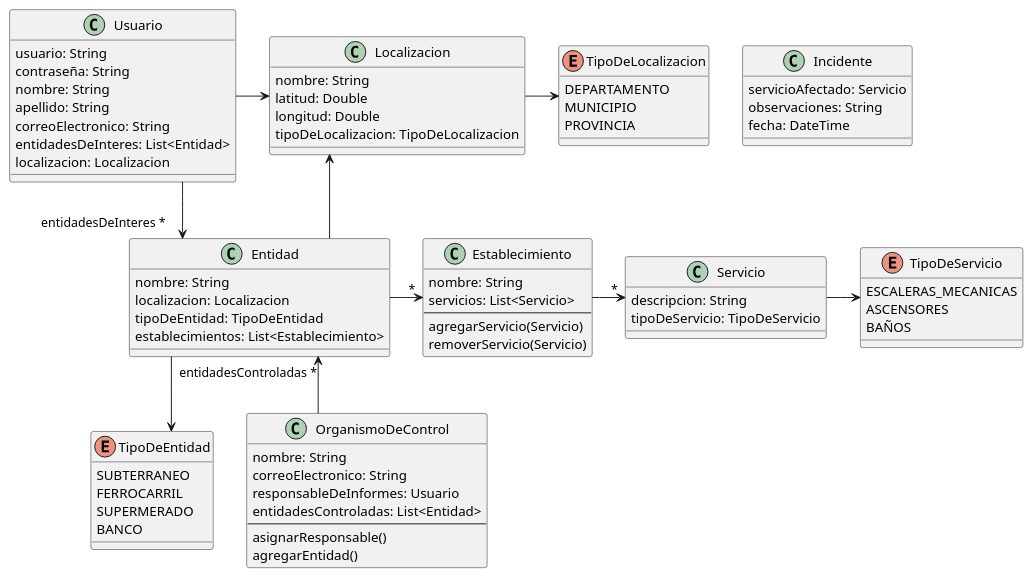
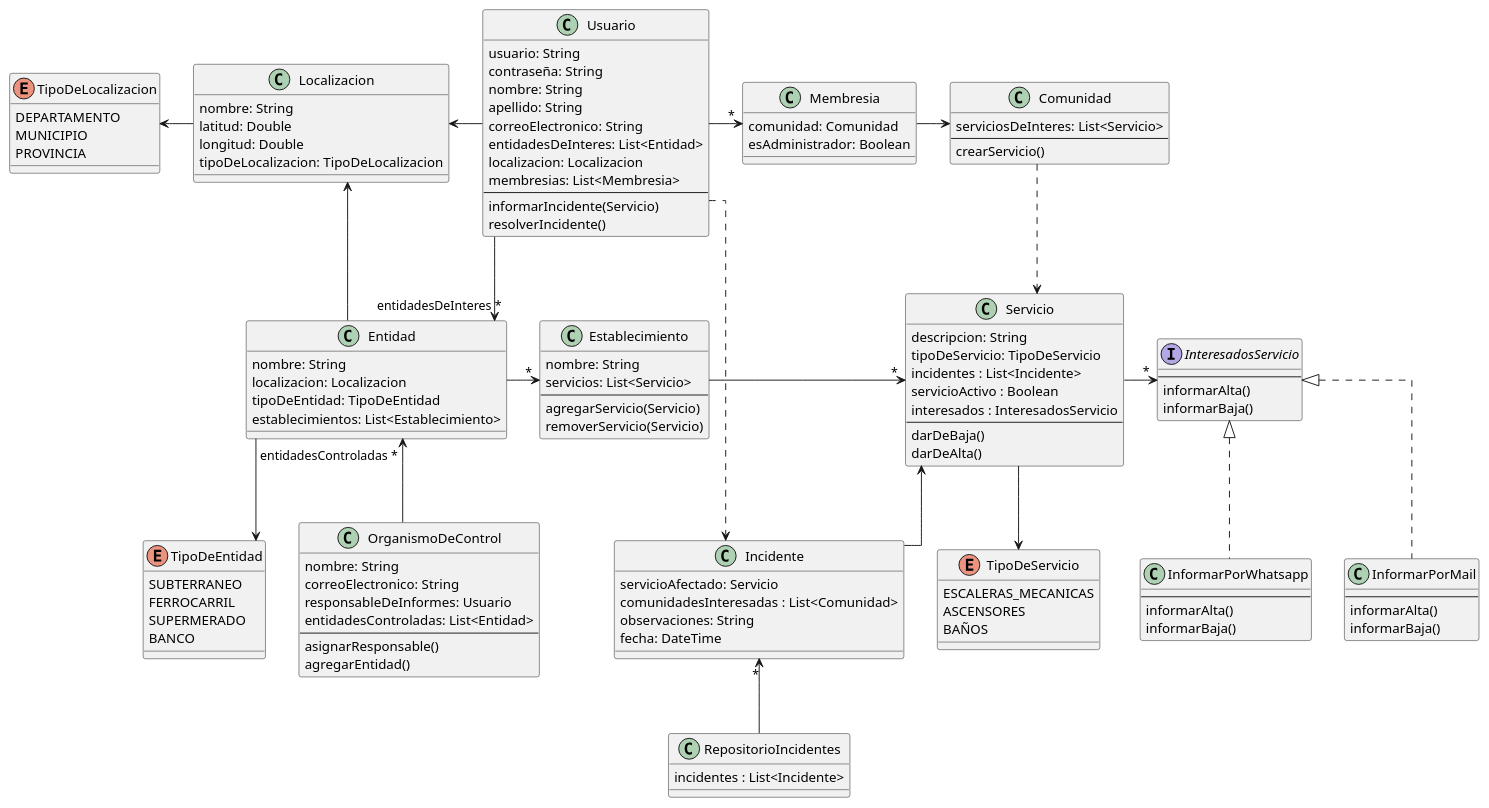
One commit to ValenAquino/tp-dds-2023 changed the diagram in docs/entrega-3/clases.puml. Above: the diagram before and after it, drawn with PlantUML.

Commit message:
feat: Informar incidentes

```diff
--- a/docs/entrega-3/clases.puml
+++ b/docs/entrega-3/clases.puml
@@ -1,97 +1,136 @@
-@startuml TPA2-Clases
+@startuml TPA3-Clases
 skinparam linetype ortho
 
 ' Supermercado, Centro Comunal, Banco, ...
 class Entidad {
   nombre: String
   localizacion: Localizacion
   tipoDeEntidad: TipoDeEntidad
   establecimientos: List<Establecimiento>
 }
 
 ' Sucursal, Estacion, ...
 class Establecimiento {
   nombre: String
   servicios: List<Servicio>
   --
   agregarServicio(Servicio)
   removerServicio(Servicio)
 }
 
 class Servicio {
   descripcion: String
   tipoDeServicio: TipoDeServicio
+  incidentes : List<Incidente>
+  servicioActivo : Boolean
+  interesados : InteresadosServicio
+  --
+  darDeBaja()
+  darDeAlta()
 }
 
 enum TipoDeServicio {
   ESCALERAS_MECANICAS
   ASCENSORES
   BAÑOS
 }
 
 enum TipoDeEntidad {
   SUBTERRANEO
   FERROCARRIL
   SUPERMERADO
   BANCO
 }
 
 class Usuario {
   usuario: String
   contraseña: String
   nombre: String
   apellido: String
   correoElectronico: String
   entidadesDeInteres: List<Entidad>
   localizacion: Localizacion
-  ' membresias: List<Membresia>
+  membresias: List<Membresia>
+  --
+  informarIncidente(Servicio)
+  resolverIncidente()
 }
 
 class Localizacion {
   nombre: String
   latitud: Double
   longitud: Double
   tipoDeLocalizacion: TipoDeLocalizacion
 }
 
 enum TipoDeLocalizacion {
   DEPARTAMENTO
   MUNICIPIO
   PROVINCIA
 }
 
 class OrganismoDeControl {
   nombre: String
   correoElectronico: String
   responsableDeInformes: Usuario
   entidadesControladas: List<Entidad>
   --
   asignarResponsable()
   agregarEntidad()
 }
 
 class Incidente {
   servicioAfectado: Servicio
+  comunidadesInteresadas : List<Comunidad>
   observaciones: String
   fecha: DateTime
 }
 
-/'
-
+class Membresia {
+  comunidad: Comunidad
+  esAdministrador: Boolean
+}
 class Comunidad {
+  serviciosDeInteres: List<Servicio>
+  --
+  crearServicio()
 }
-
-'/
-
+class RepositorioIncidentes{
+  incidentes : List<Incidente>
+}
+interface InteresadosServicio{
+  --
+  informarAlta()
+  informarBaja()
+}
+class InformarPorWhatsapp{
+  --
+  informarAlta()
+  informarBaja()
+}
+class InformarPorMail{
+  --
+  informarAlta()
+  informarBaja()
+}
+InteresadosServicio <|.. InformarPorMail
+InteresadosServicio <|.. InformarPorWhatsapp
+Incidente "*"<-- RepositorioIncidentes
+Servicio ->"*" InteresadosServicio
+Usuario ..> Incidente
+Servicio <-- Incidente
+Comunidad ..> Servicio
+Membresia -> Comunidad
+Usuario ->"*" Membresia
 Entidad ->"*" Establecimiento
 Entidad --> TipoDeEntidad
 Establecimiento ->"*" Servicio
-Servicio -> TipoDeServicio
+Servicio --> TipoDeServicio
 Usuario -->"entidadesDeInteres *" Entidad
-Usuario -> Localizacion
 Localizacion <- Entidad
-Localizacion -> TipoDeLocalizacion
+Localizacion <- Usuario
+TipoDeLocalizacion <- Localizacion
 Entidad "entidadesControladas *"<-- OrganismoDeControl
 
 
 @enduml
```
